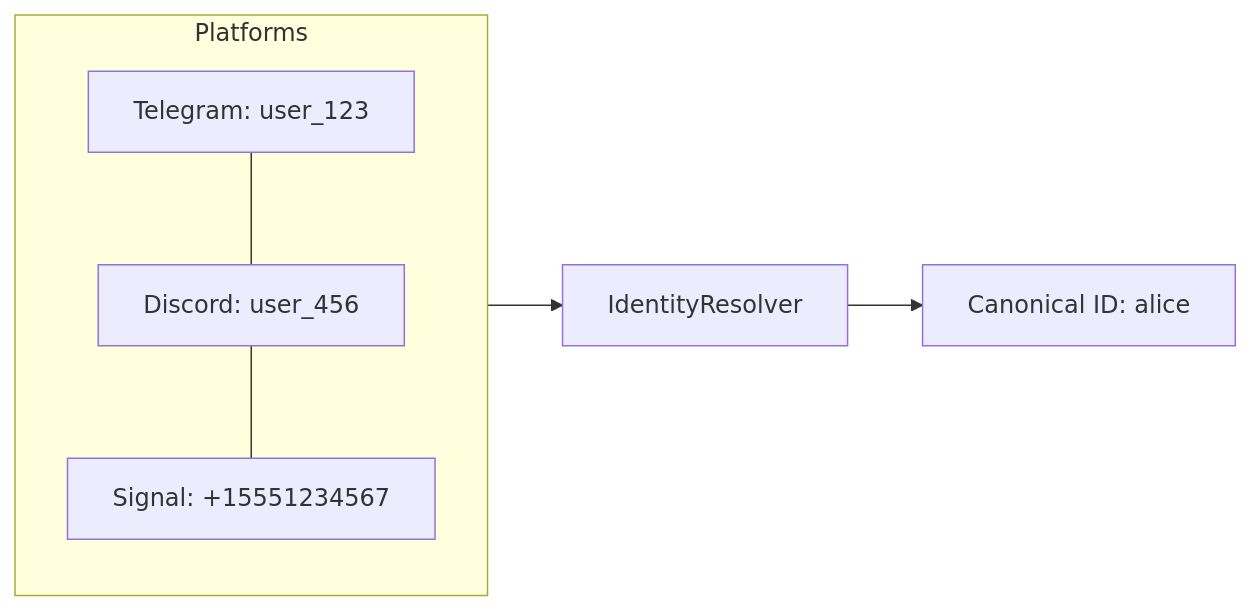
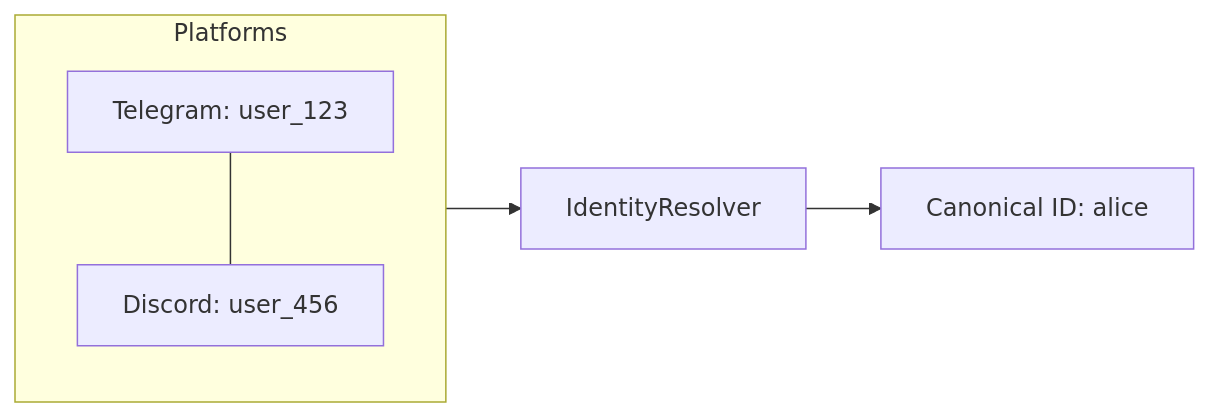
The diagram in definable/docs/interfaces/identity.mdx (definableai/definable.ai), drawn with Mermaid before and after one commit. The commit also changed other lines of this file and 41 other files, not shown here.

````diff
--- a/definable/docs/interfaces/identity.mdx
+++ b/definable/docs/interfaces/identity.mdx
@@ -12,11 +12,10 @@
 ```mermaid
 flowchart LR
   subgraph Platforms
     direction TB
     T["Telegram: user_123"] --- D["Discord: user_456"]
-    D --- S["Signal: +15551234567"]
   end
 
   Platforms --> IR[IdentityResolver]
   IR --> CID["Canonical ID: alice"]
 ```
````
